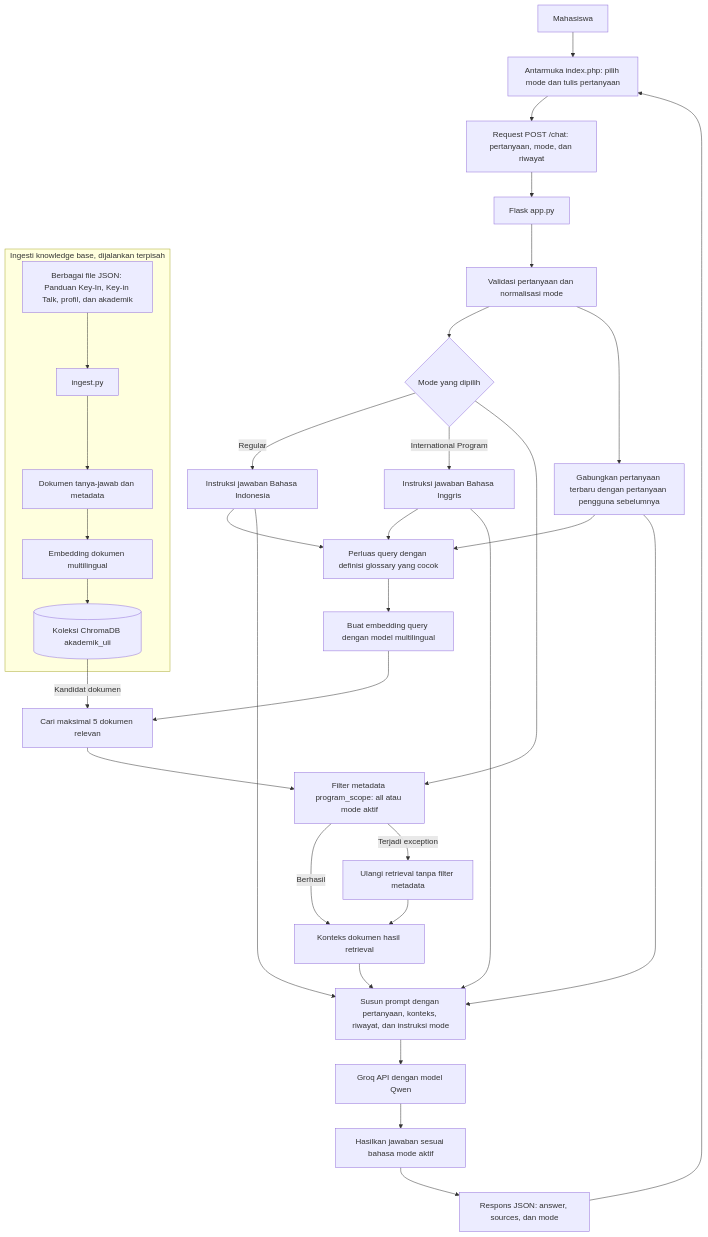
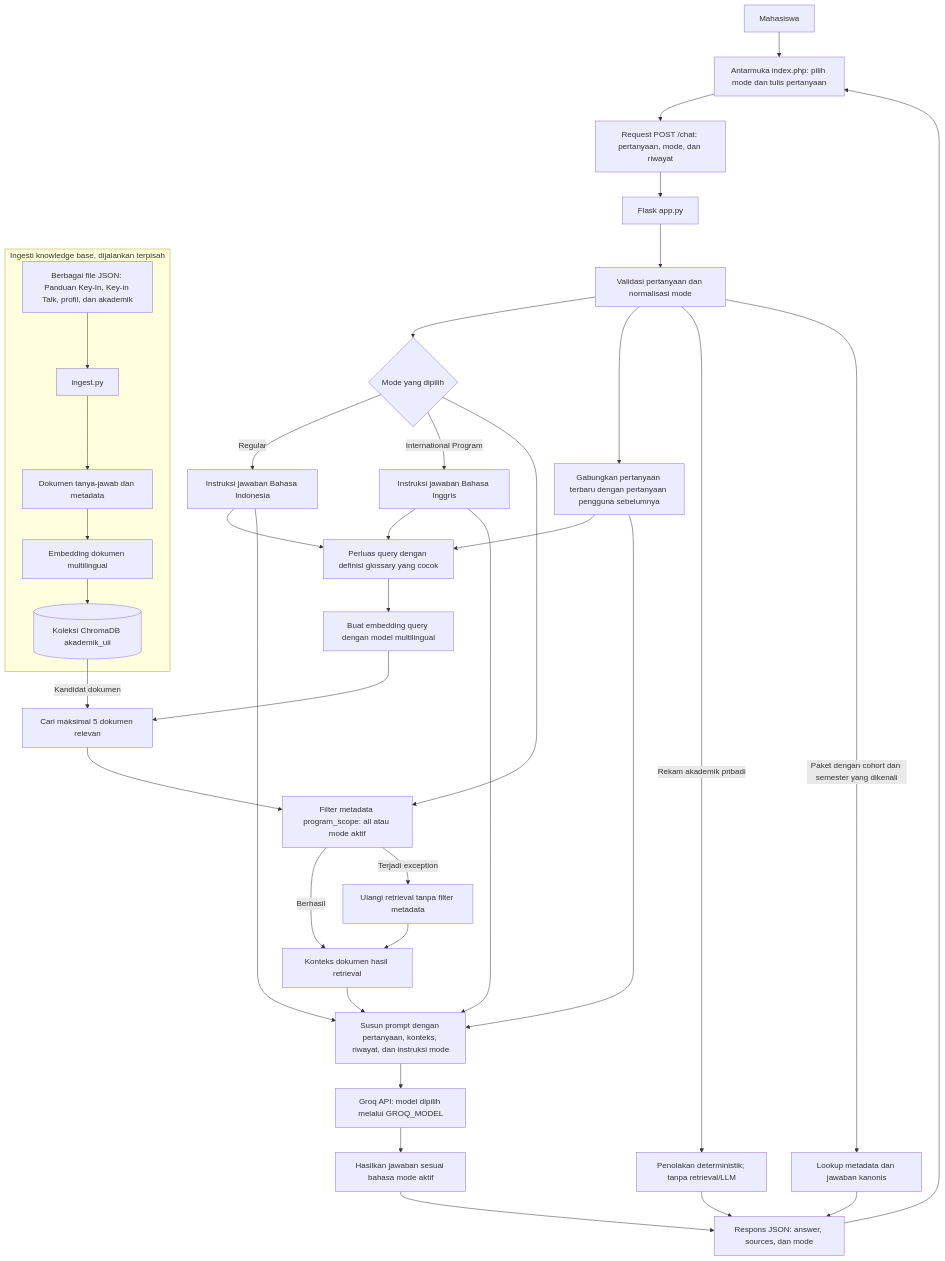
One commit to Daviarand/chatbot-akademik-rag changed the second of 2 diagrams in LOG_PERUBAHAN.md. Above: the diagram before and after it, drawn with Mermaid. The commit also changed other lines of this file and 7 other files, not shown here.

````diff
--- a/LOG_PERUBAHAN.md
+++ b/LOG_PERUBAHAN.md
@@ -250,40 +263,44 @@
 ```mermaid
 flowchart TD
   MHS[Mahasiswa] --> UI[Antarmuka index.php: pilih mode dan tulis pertanyaan]
   UI --> REQ[Request POST /chat: pertanyaan, mode, dan riwayat]
   REQ --> API[Flask app.py]
   API --> VALID[Validasi pertanyaan dan normalisasi mode]
 
   VALID --> MODE{Mode yang dipilih}
   MODE -->|Regular| REG[Instruksi jawaban Bahasa Indonesia]
   MODE -->|International Program| IP[Instruksi jawaban Bahasa Inggris]
 
   VALID --> HISTORY[Gabungkan pertanyaan terbaru dengan pertanyaan pengguna sebelumnya]
   HISTORY --> EXPAND[Perluas query dengan definisi glossary yang cocok]
   REG --> EXPAND
   IP --> EXPAND
   EXPAND --> EMBED[Buat embedding query dengan model multilingual]
   EMBED --> SEARCH[Cari maksimal 5 dokumen relevan]
 
   subgraph INGEST[Ingesti knowledge base, dijalankan terpisah]
     JSON[Berbagai file JSON: Panduan Key-In, Key-in Talk, profil, dan akademik] --> INGESTPY[ingest.py]
     INGESTPY --> DOC[Dokumen tanya-jawab dan metadata]
     DOC --> DOCEMBED[Embedding dokumen multilingual]
     DOCEMBED --> CHROMA[(Koleksi ChromaDB akademik_uii)]
   end
 
   CHROMA -->|Kandidat dokumen| SEARCH
   SEARCH --> FILTER[Filter metadata program_scope: all atau mode aktif]
   MODE --> FILTER
   FILTER -->|Berhasil| CONTEXT[Konteks dokumen hasil retrieval]
   FILTER -->|Terjadi exception| FALLBACK[Ulangi retrieval tanpa filter metadata]
   FALLBACK --> CONTEXT
   CONTEXT --> PROMPT[Susun prompt dengan pertanyaan, konteks, riwayat, dan instruksi mode]
   HISTORY --> PROMPT
   REG --> PROMPT
   IP --> PROMPT
-  PROMPT --> GROQ[Groq API dengan model Qwen]
+  PROMPT --> GROQ[Groq API: model dipilih melalui GROQ_MODEL]
   GROQ --> ANSWER[Hasilkan jawaban sesuai bahasa mode aktif]
+  VALID -->|Rekam akademik pribadi| REFUSAL[Penolakan deterministik; tanpa retrieval/LLM]
+  VALID -->|Paket dengan cohort dan semester yang dikenali| PACKAGE[Lookup metadata dan jawaban kanonis]
   ANSWER --> RESULT[Respons JSON: answer, sources, dan mode]
+  REFUSAL --> RESULT
+  PACKAGE --> RESULT
   RESULT --> UI
 ```
````
